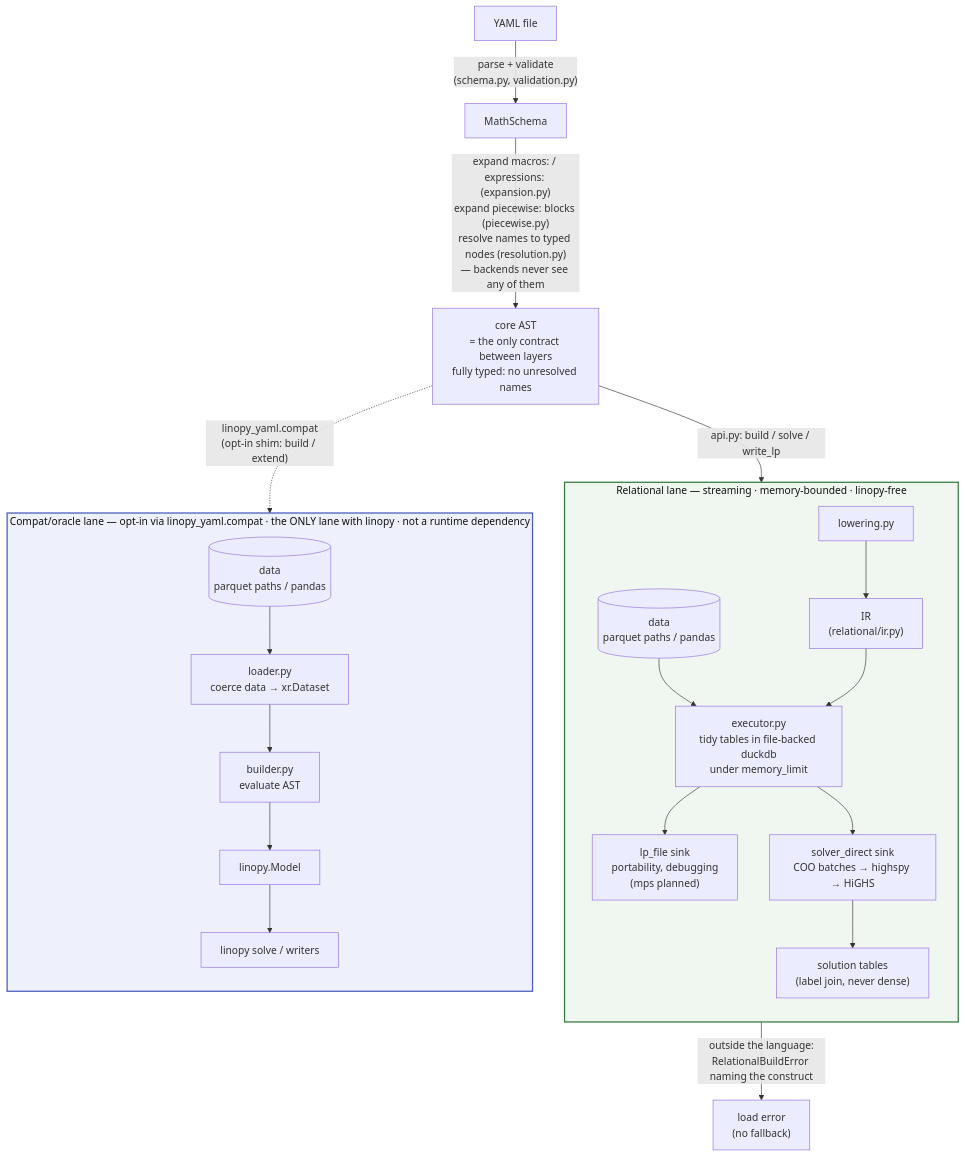
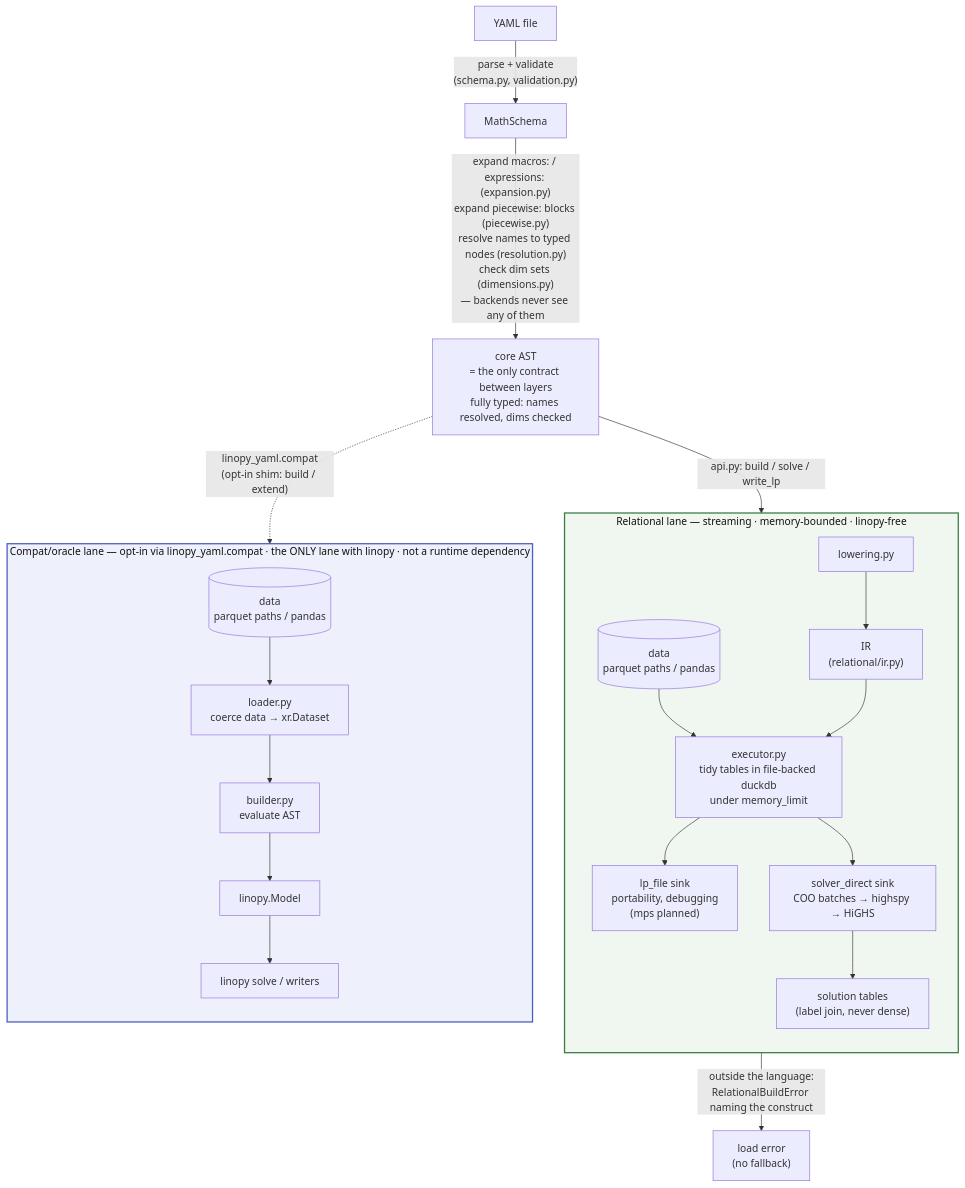
Before and after one commit to FBumann/farkas: the first of 2 diagrams in ARCHITECTURE.md, drawn with Mermaid. The commit also changed other lines of this file and 4 other files, not shown here.

````diff
--- a/ARCHITECTURE.md
+++ b/ARCHITECTURE.md
@@ -19,30 +19,30 @@
 ```mermaid
 flowchart TB
     Y[YAML file] -->|"parse + validate<br/>(schema.py, validation.py)"| MS[MathSchema]
-    MS -->|"expand macros: / expressions: (expansion.py)<br/>expand piecewise: blocks (piecewise.py)<br/>resolve names to typed nodes (resolution.py)<br/>— backends never see any of them"| AST["core AST<br/>= the only contract between layers<br/>fully typed: no unresolved names"]
+    MS -->|"expand macros: / expressions: (expansion.py)<br/>expand piecewise: blocks (piecewise.py)<br/>resolve names to typed nodes (resolution.py)<br/>check dim sets (dimensions.py)<br/>— backends never see any of them"| AST["core AST<br/>= the only contract between layers<br/>fully typed: names resolved, dims checked"]
     AST -->|"api.py: build / solve / write_lp"| LOWER
     AST -.->|"linopy_yaml.compat<br/>(opt-in shim: build / extend)"| BUILD
     LOWER -->|"outside the language:<br/>RelationalBuildError naming the construct"| ERR["load error<br/>(no fallback)"]
 
     subgraph REL["Relational lane — streaming · memory-bounded · linopy-free"]
         direction TB
         LOWER["lowering.py"] --> IR["IR<br/>(relational/ir.py)"]
         DR[("data<br/>parquet paths / pandas")] --> EXEC
         IR --> EXEC["executor.py<br/>tidy tables in file-backed duckdb<br/>under memory_limit"]
         EXEC --> LPS["lp_file sink<br/>portability, debugging<br/>(mps planned)"]
         EXEC --> DIRECT["solver_direct sink<br/>COO batches → highspy → HiGHS"]
         DIRECT --> SOL["solution tables<br/>(label join, never dense)"]
     end
 
     subgraph EAGER["Compat/oracle lane — opt-in via linopy_yaml.compat · the ONLY lane with linopy · not a runtime dependency"]
         direction TB
         DE[("data<br/>parquet paths / pandas")] --> LOAD["loader.py<br/>coerce data → xr.Dataset"]
         LOAD --> BUILD["builder.py<br/>evaluate AST"]
         BUILD --> MODEL[linopy.Model] --> SOLVE["linopy solve / writers"]
     end
 
     classDef laneR fill:#f0f7f0,stroke:#3a7d44,stroke-width:2px,color:#111
     classDef laneE fill:#eef1fb,stroke:#4a5fc1,stroke-width:2px,color:#111
     class REL laneR
     class EAGER laneE
 ```
````
